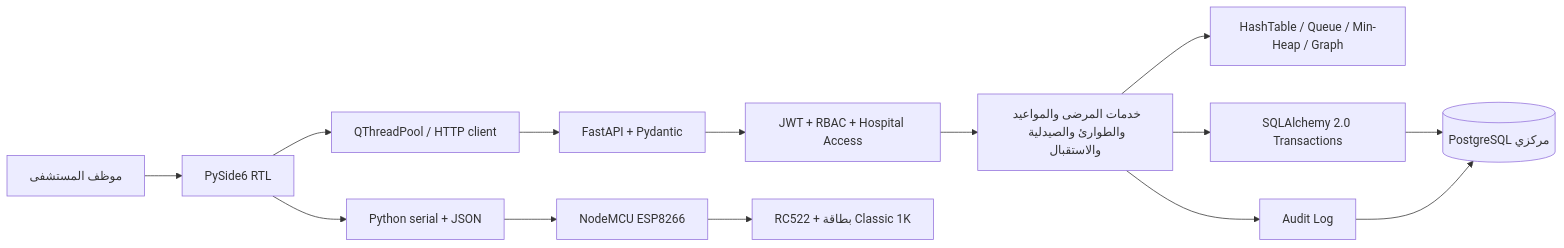
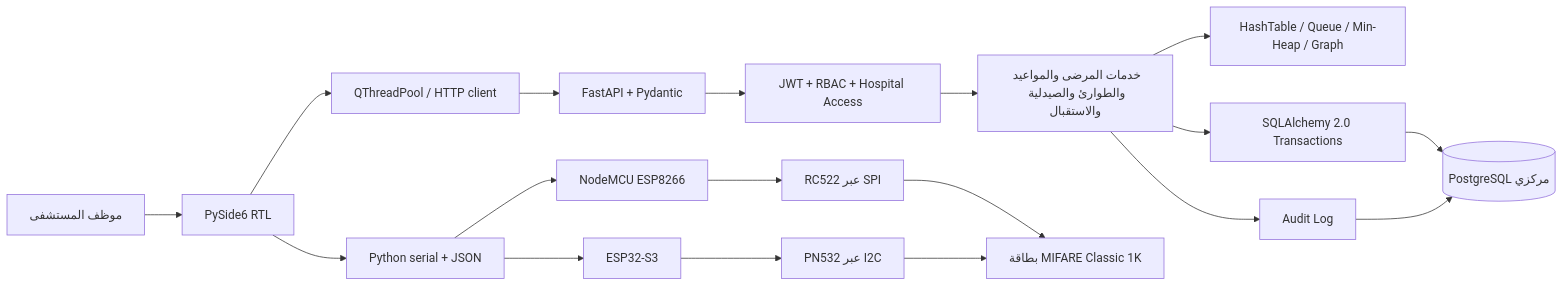
Before and after one commit to lithlithqa11-bit/HOS: the diagram in docs/architecture.md, drawn with Mermaid. The commit also changed other lines of this file and 11 other files, not shown here.

````diff
--- a/docs/architecture.md
+++ b/docs/architecture.md
@@ -3,16 +3,20 @@
 ```mermaid
 flowchart LR
   Staff[موظف المستشفى] --> Desktop[PySide6 RTL]
   Desktop --> Workers[QThreadPool / HTTP client]
   Workers --> API[FastAPI + Pydantic]
   API --> Auth[JWT + RBAC + Hospital Access]
   Auth --> Services[خدمات المرضى والمواعيد والطوارئ والصيدلية والاستقبال]
   Services --> DS[HashTable / Queue / Min-Heap / Graph]
   Services --> ORM[SQLAlchemy 2.0 Transactions]
   ORM --> PG[(PostgreSQL مركزي)]
   Services --> Audit[Audit Log]
   Audit --> PG
   Desktop --> Bridge[Python serial + JSON]
-  Bridge --> Board[NodeMCU ESP8266]
-  Board --> Hardware[RC522 + بطاقة Classic 1K]
+  Bridge --> Board1[NodeMCU ESP8266]
+  Bridge --> Board2[ESP32-S3]
+  Board1 --> Reader1[RC522 عبر SPI]
+  Board2 --> Reader2[PN532 عبر I2C]
+  Reader1 --> Card[بطاقة MIFARE Classic 1K]
+  Reader2 --> Card
 ```
````
